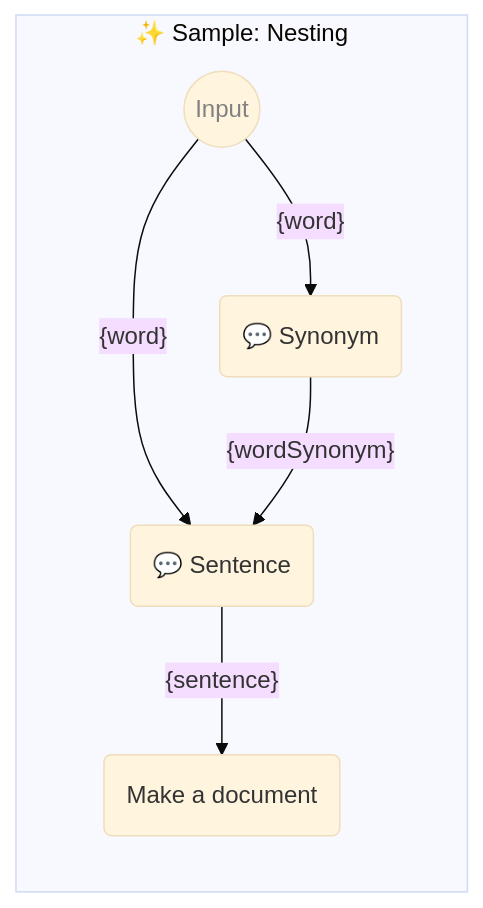
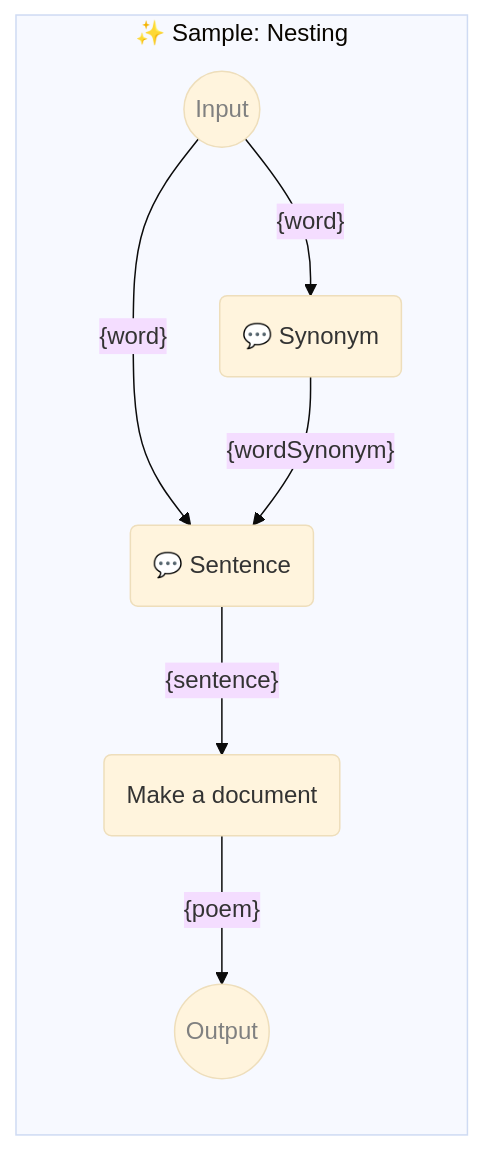
The diagram in samples/templates/50-nesting.ptbk.md (webgptorg/promptbook), drawn with Mermaid (base theme) before and after one commit. The commit also changed other lines of this file and 43 other files, not shown here.

````diff
--- a/samples/templates/50-nesting.ptbk.md
+++ b/samples/templates/50-nesting.ptbk.md
@@ -16,21 +15,25 @@
 ```mermaid
 %% 🔮 Tip: Open this on GitHub or in the VSCode website to see the Mermaid graph visually
 
 flowchart LR
   subgraph "✨ Sample: Nesting"
 
       direction TB
 
       input((Input)):::input
       templateSynonym(💬 Synonym)
       input--"{word}"-->templateSynonym
       templateSentence(💬 Sentence)
       input--"{word}"-->templateSentence
       templateSynonym--"{wordSynonym}"-->templateSentence
       templateMakeADocument(Make a document)
       templateSentence--"{sentence}"-->templateMakeADocument
 
+      templateMakeADocument--"{poem}"-->output
+      output((Output)):::output
+
       classDef input color: grey;
+      classDef output color: grey;
 
   end;
 ```
````
